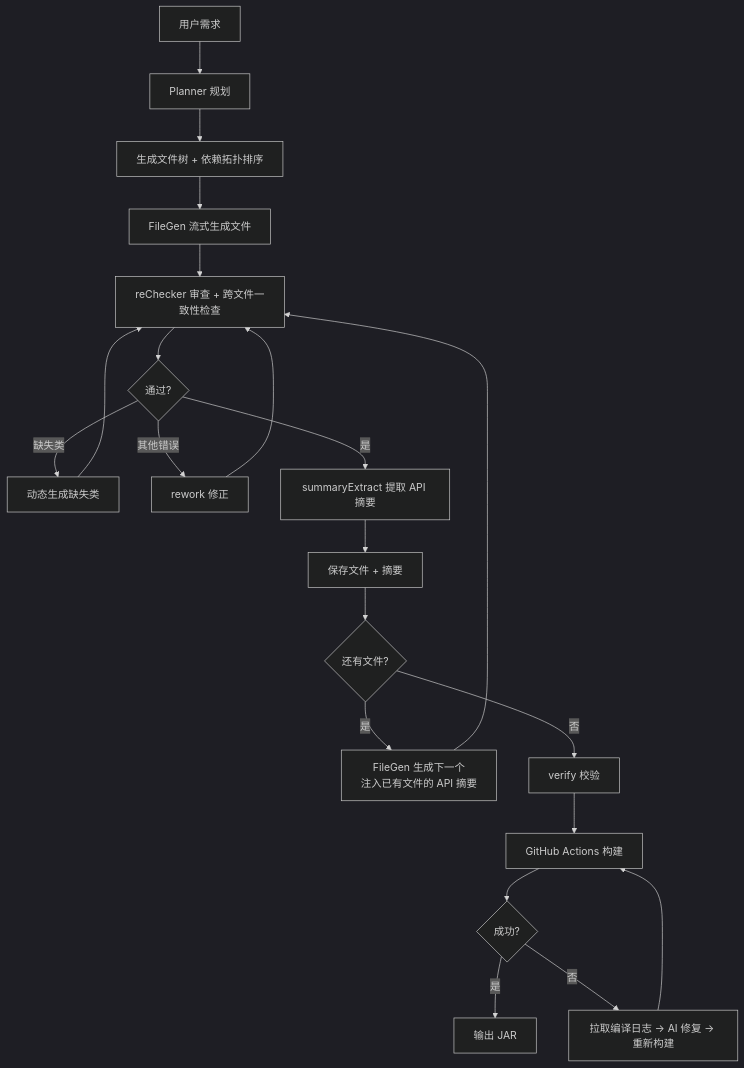
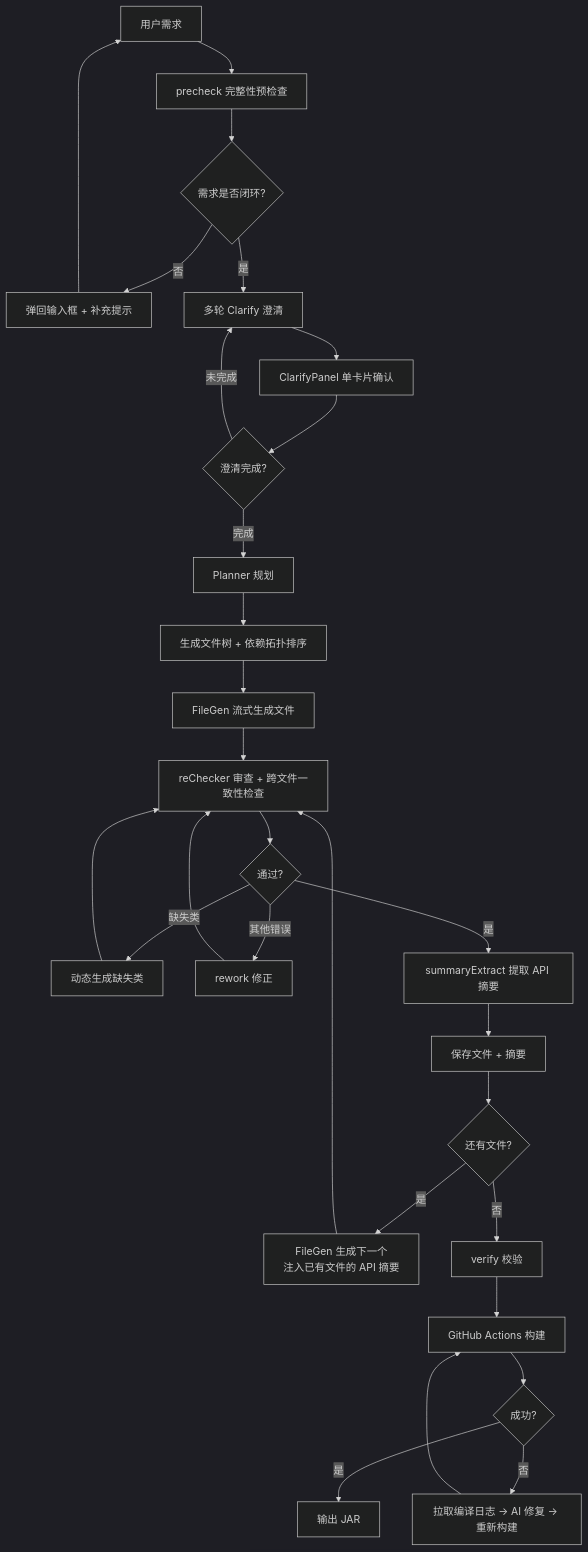
Before and after one commit to superwfox/minecraft-dev: the first of 4 diagrams in docs/features/ai-workflow.md, drawn with Mermaid (dark theme). The commit also changed other lines of this file and 5 other files, not shown here.

````diff
--- a/docs/features/ai-workflow.md
+++ b/docs/features/ai-workflow.md
@@ -7,23 +7,31 @@
 ```mermaid
 graph TB
-    A[用户需求] --> B[Planner 规划]
+    A[用户需求] --> A1[precheck 完整性预检查]
+    A1 --> A2{需求是否闭环?}
+    A2 -->|否| A3[弹回输入框 + 补充提示]
+    A3 --> A
+    A2 -->|是| A4[多轮 Clarify 澄清]
+    A4 --> A5[ClarifyPanel 单卡片确认]
+    A5 --> A6{澄清完成?}
+    A6 -->|未完成| A4
+    A6 -->|完成| B[Planner 规划]
     B --> C[生成文件树 + 依赖拓扑排序]
     C --> D[FileGen 流式生成文件]
     D --> E[reChecker 审查 + 跨文件一致性检查]
     E --> F{通过?}
     F -->|缺失类| G2[动态生成缺失类]
     G2 --> E
     F -->|其他错误| G[rework 修正]
     G --> E
     F -->|是| H[summaryExtract 提取 API 摘要]
     H --> I[保存文件 + 摘要]
     I --> J{还有文件?}
     J -->|是| K[FileGen 生成下一个<br/>注入已有文件的 API 摘要]
     K --> E
     J -->|否| L[verify 校验]
     L --> M[GitHub Actions 构建]
     M --> P{成功?}
     P -->|是| N[输出 JAR]
     P -->|否| Q[拉取编译日志 → AI 修复 → 重新构建]
     Q --> M
 ```
````
